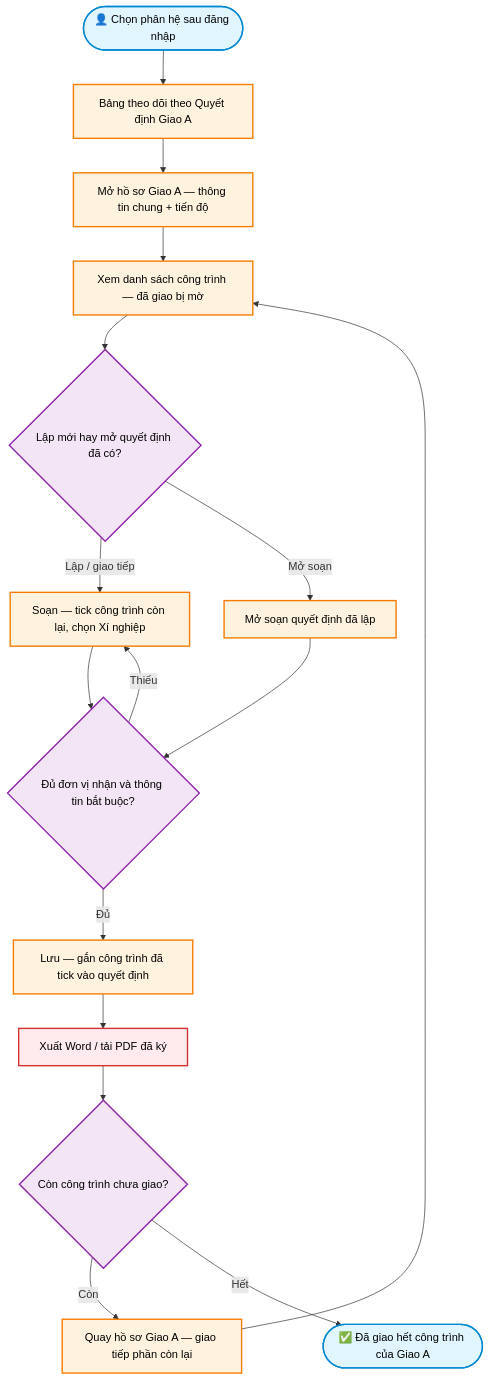
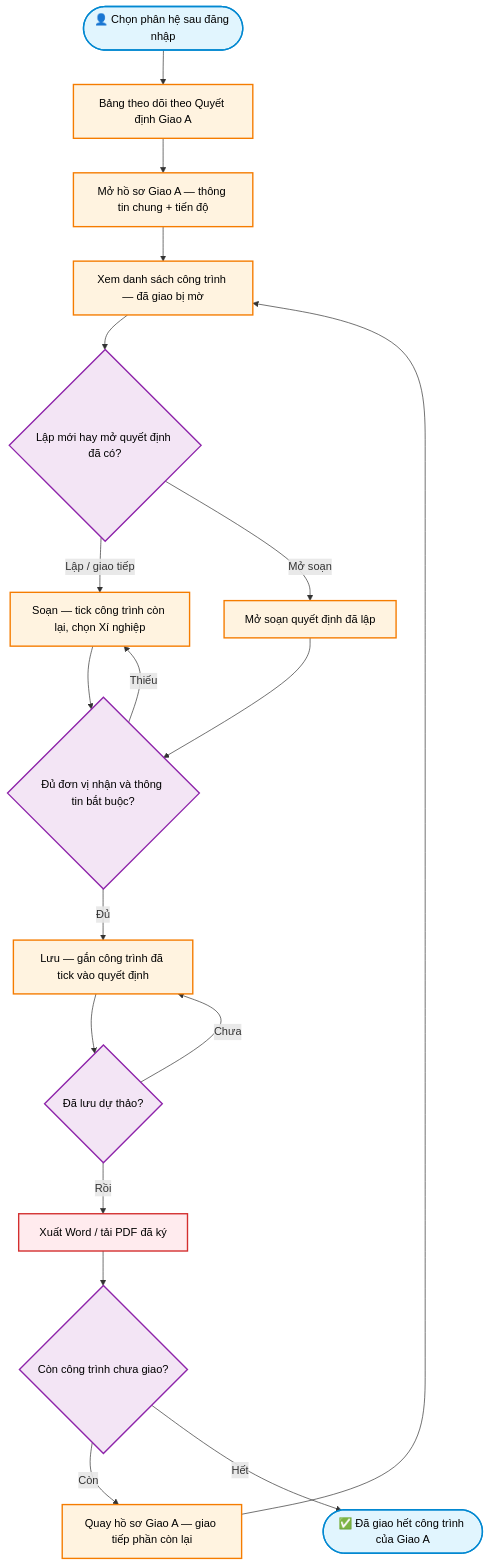
One commit to iSurvey86/gnvnpsc changed the diagram in workflows/02_giao_nhiem_vu.md. Above: the diagram before and after it, drawn with Mermaid. The commit also changed other lines of this file and 6 other files, not shown here.

````diff
--- a/workflows/02_giao_nhiem_vu.md
+++ b/workflows/02_giao_nhiem_vu.md
@@ -8,43 +8,46 @@
 ```mermaid
 flowchart TD
   classDef userClass fill:#E1F5FE,stroke:#0288D1,stroke-width:2px,color:#000
   classDef processClass fill:#FFF3E0,stroke:#F57C00,stroke-width:2px,color:#000
   classDef aiClass fill:#F3E5F5,stroke:#8E24AA,stroke-width:2px,color:#000
   classDef dbClass fill:#E8F5E9,stroke:#388E3C,stroke-width:2px,color:#000
   classDef exportClass fill:#FFEBEE,stroke:#D32F2F,stroke-width:2px,color:#000
 
   Hub(["👤 Chọn phân hệ sau đăng nhập"])
   Bang["Bảng theo dõi theo Quyết định Giao A"]
   Mo["Mở hồ sơ Giao A — thông tin chung + tiến độ"]
   XemCt["Xem danh sách công trình — đã giao bị mờ"]
   Lap{"Lập mới hay mở quyết định đã có?"}
   SoanMoi["Soạn — tick công trình còn lại, chọn Xí nghiệp"]
   SoanCu["Mở soạn quyết định đã lập"]
   Valid{"Đủ đơn vị nhận và thông tin bắt buộc?"}
   Save["Lưu — gắn công trình đã tick vào quyết định"]
+  DaLuu{"Đã lưu dự thảo?"}
   Word["Xuất Word / tải PDF đã ký"]
   Tiep{"Còn công trình chưa giao?"}
   Quay["Quay hồ sơ Giao A — giao tiếp phần còn lại"]
   Xong(["✅ Đã giao hết công trình của Giao A"])
 
   Hub --> Bang
   Bang --> Mo
   Mo --> XemCt
   XemCt --> Lap
   Lap -->|Lập / giao tiếp| SoanMoi
   Lap -->|Mở soạn| SoanCu
   SoanMoi --> Valid
   SoanCu --> Valid
   Valid -->|Thiếu| SoanMoi
   Valid -->|Đủ| Save
-  Save --> Word
+  Save --> DaLuu
+  DaLuu -->|Chưa| Save
+  DaLuu -->|Rồi| Word
   Word --> Tiep
   Tiep -->|Còn| Quay
   Quay --> XemCt
   Tiep -->|Hết| Xong
 
   class Hub,Xong userClass
   class Bang,Mo,XemCt,SoanMoi,SoanCu,Save,Quay processClass
-  class Valid,Lap,Tiep aiClass
+  class Valid,Lap,Tiep,DaLuu aiClass
   class Word exportClass
 ```
````
